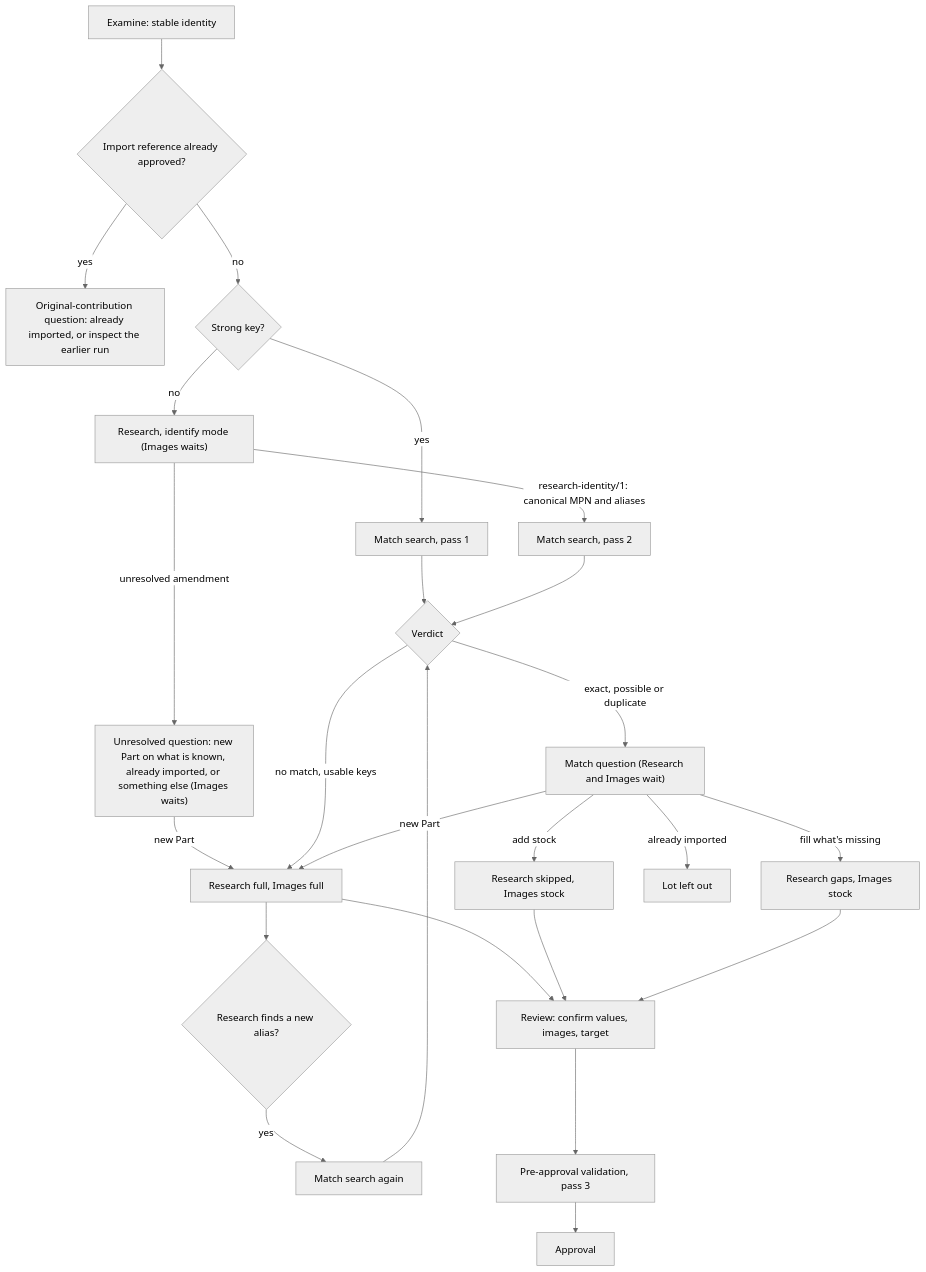
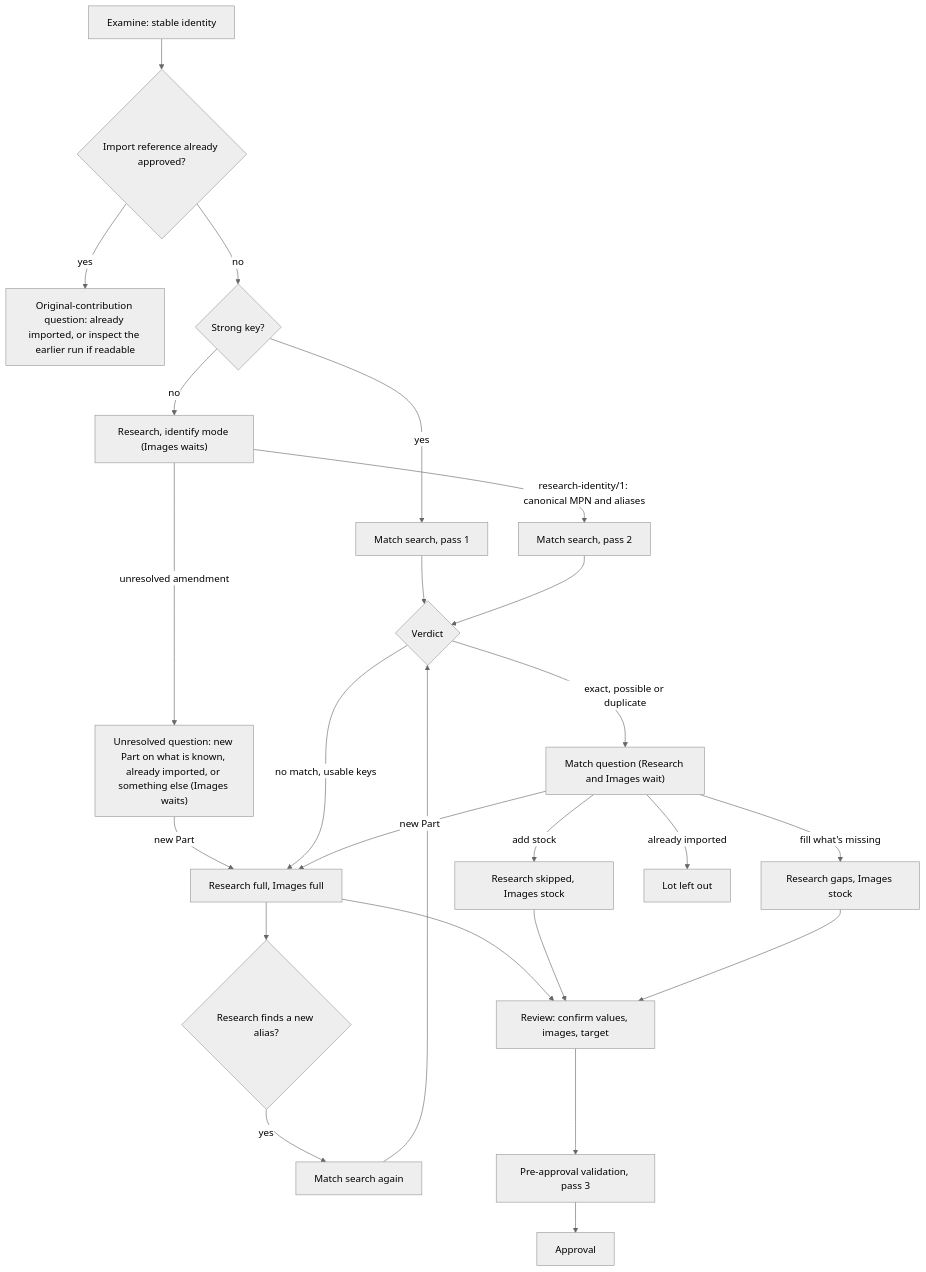
One commit to MitchReyno/InvenTree-Importer changed the third of 4 diagrams in docs/agent-sessions.md. Above: the diagram before and after it, drawn with Mermaid (neutral theme). The commit also changed other lines of this file and 5 other files, not shown here.

First line of the commit message:
docs(agent-stage-inputs-outputs): leave pre-PK lost uploads unknown, verify earlier runs through a read-only entry point, find stock by NSN tag and condition earlier-run inspection on access

````diff
--- a/docs/agent-sessions.md
+++ b/docs/agent-sessions.md
@@ -384,27 +384,27 @@
 ```mermaid
 flowchart TD
   ID["Examine: stable identity"] --> IR{"Import reference already approved?"}
-  IR -->|"yes"| HIT["Original-contribution question: already imported, or inspect the earlier run"]
+  IR -->|"yes"| HIT["Original-contribution question: already imported, or inspect the earlier run if readable"]
   IR -->|"no"| K{"Strong key?"}
   K -->|"no"| RI["Research, identify mode (Images waits)"]
   RI -->|"research-identity/1: canonical MPN and aliases"| S2["Match search, pass 2"]
   RI -->|"unresolved amendment"| UQ["Unresolved question: new Part on what is known, already imported, or something else (Images waits)"]
   UQ -->|"new Part"| NEW
   K -->|"yes"| S1["Match search, pass 1"]
   S1 --> V{"Verdict"}
   S2 --> V
   V -->|"no match, usable keys"| NEW["Research full, Images full"]
   V -->|"exact, possible or duplicate"| Q["Match question (Research and Images wait)"]
   Q -->|"new Part"| NEW
   Q -->|"add stock"| STOCK["Research skipped, Images stock"]
   Q -->|"fill what's missing"| GAPS["Research gaps, Images stock"]
   Q -->|"already imported"| EXC["Lot left out"]
   NEW --> LATE{"Research finds a new alias?"}
   LATE -->|"yes"| S3["Match search again"]
   S3 --> V
   NEW --> REV["Review: confirm values, images, target"]
   STOCK --> REV
   GAPS --> REV
   REV --> VAL["Pre-approval validation, pass 3"]
   VAL --> APP["Approval"]
 ```
````
